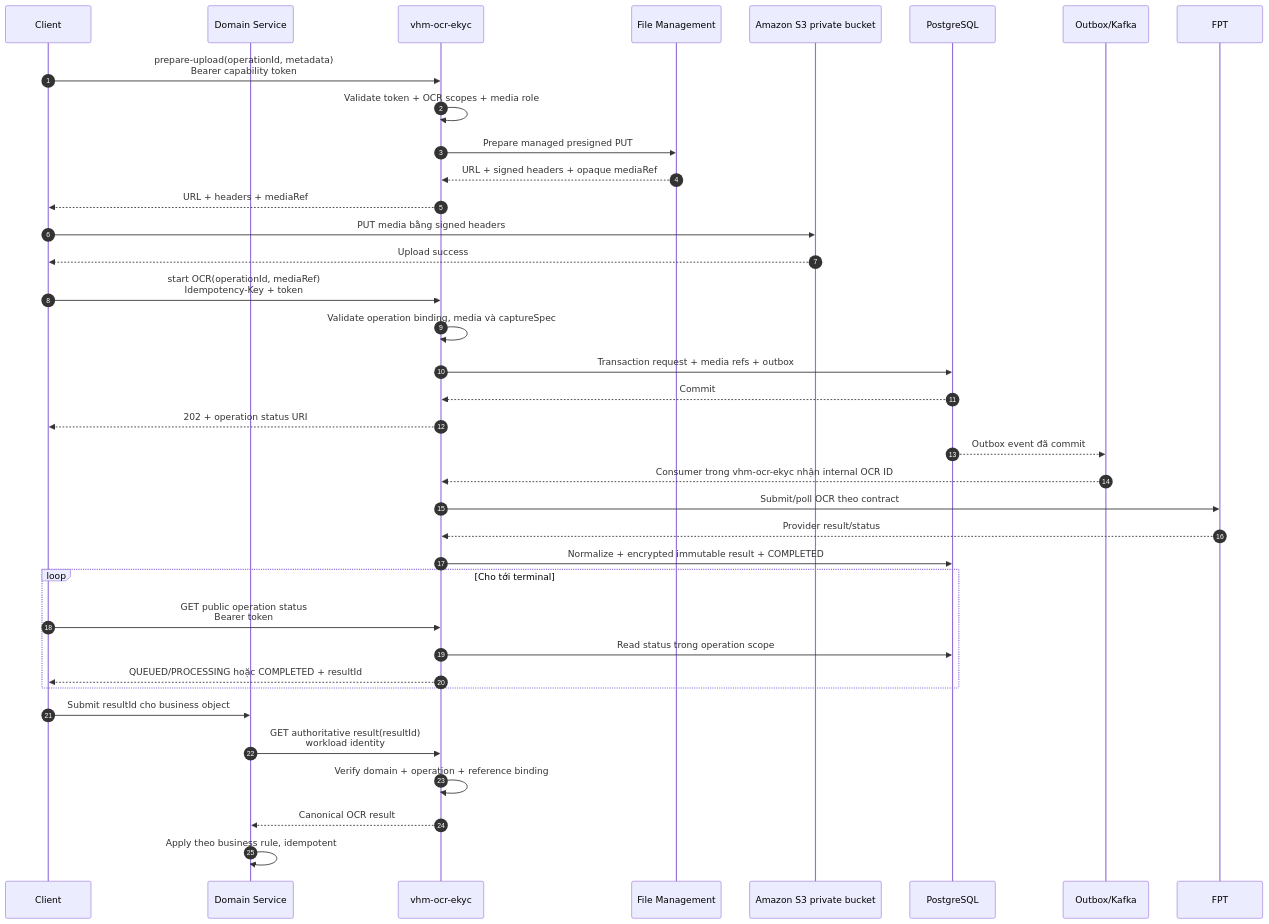
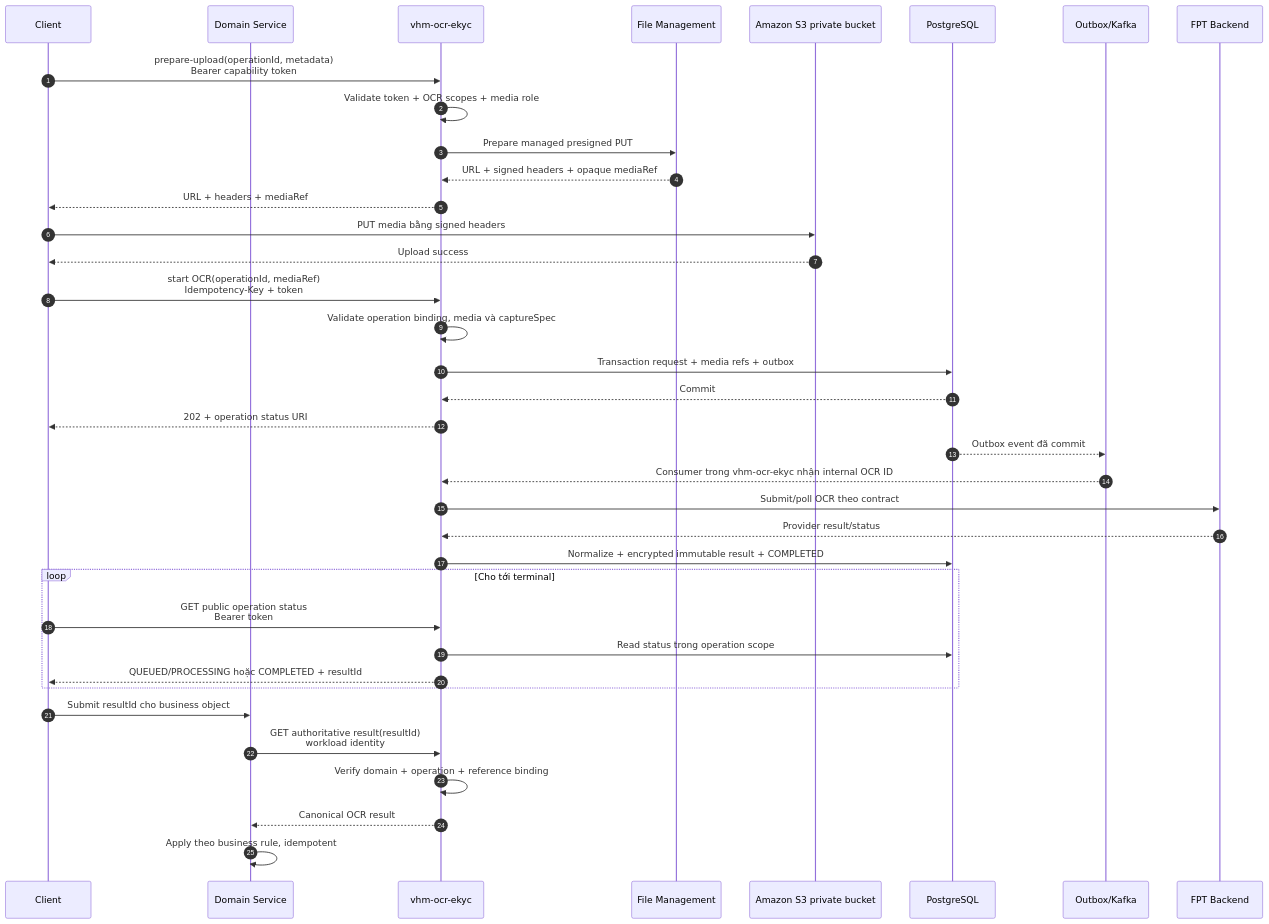
One commit to huynv-xyz/vhm changed the third of 6 diagrams in tdd-ocr-ekyc-delegated-client-flow.md. Above: the diagram before and after it, drawn with Mermaid. The commit also changed other lines of this file, not shown here.

````diff
--- a/tdd-ocr-ekyc-delegated-client-flow.md
+++ b/tdd-ocr-ekyc-delegated-client-flow.md
@@ -211,44 +211,44 @@
 ```mermaid
 sequenceDiagram
     autonumber
     participant C as Client
     participant D as Domain Service
     participant O as vhm-ocr-ekyc
     participant FM as File Management
     participant S as Amazon S3 private bucket
     participant DB as PostgreSQL
     participant K as Outbox/Kafka
-    participant F as FPT
+    participant F as FPT Backend
 
     C->>O: prepare-upload(operationId, metadata)<br/>Bearer capability token
     O->>O: Validate token + OCR scopes + media role
     O->>FM: Prepare managed presigned PUT
     FM-->>O: URL + signed headers + opaque mediaRef
     O-->>C: URL + headers + mediaRef
     C->>S: PUT media bằng signed headers
     S-->>C: Upload success
 
     C->>O: start OCR(operationId, mediaRef)<br/>Idempotency-Key + token
     O->>O: Validate operation binding, media và captureSpec
     O->>DB: Transaction request + media refs + outbox
     DB-->>O: Commit
     O-->>C: 202 + operation status URI
 
     DB-->>K: Outbox event đã commit
     K-->>O: Consumer trong vhm-ocr-ekyc nhận internal OCR ID
     O->>F: Submit/poll OCR theo contract
     F-->>O: Provider result/status
     O->>DB: Normalize + encrypted immutable result + COMPLETED
 
     loop Cho tới terminal
         C->>O: GET public operation status<br/>Bearer token
         O->>DB: Read status trong operation scope
         O-->>C: QUEUED/PROCESSING hoặc COMPLETED + resultId
     end
 
     C->>D: Submit resultId cho business object
     D->>O: GET authoritative result(resultId)<br/>workload identity
     O->>O: Verify domain + operation + reference binding
     O-->>D: Canonical OCR result
     D->>D: Apply theo business rule, idempotent
 ```
````
